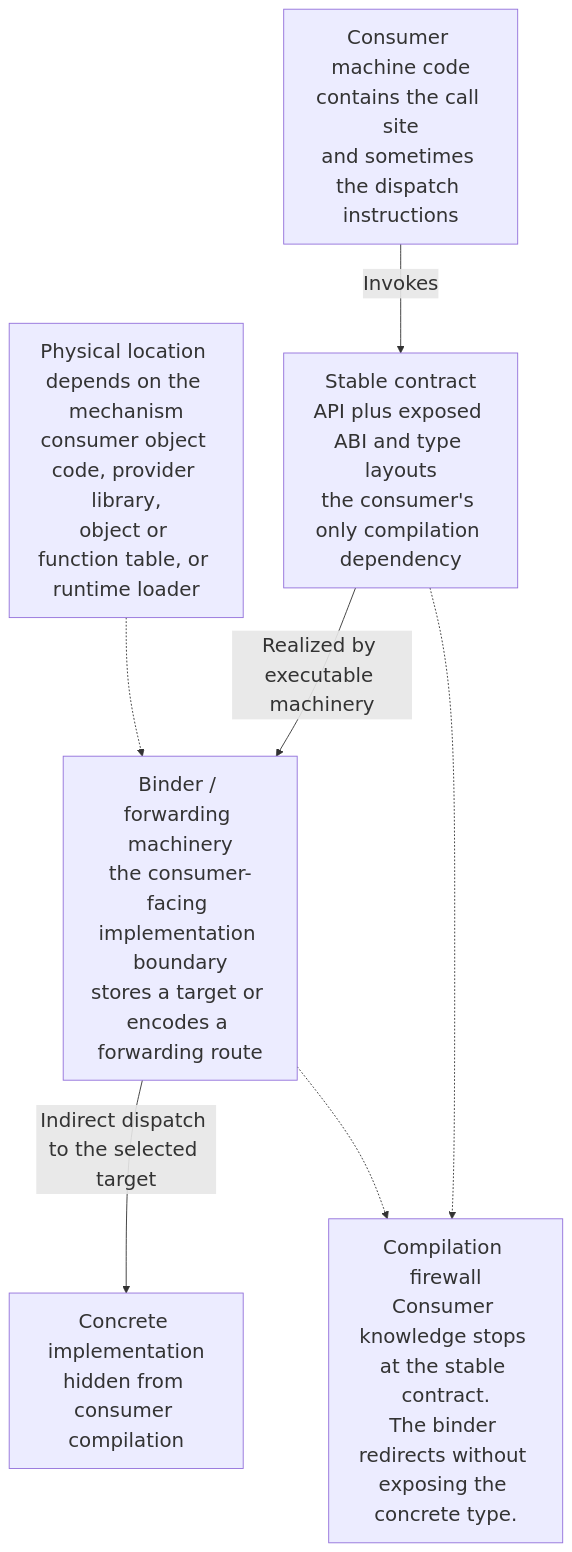
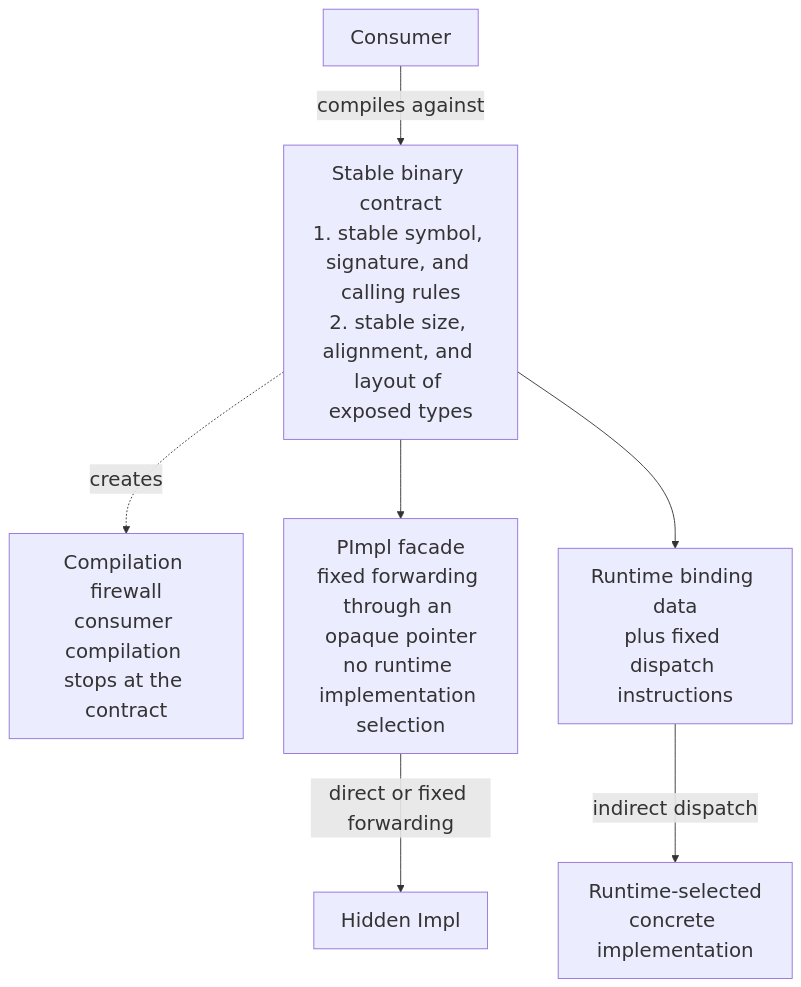
Before and after one commit to shan-weiqiang/shan-weiqiang.github.io: the diagram in assets/images/contract_binding_dispatch_compilation_firewall.mmd, drawn with Mermaid. The commit also changed 5 other files, not shown here.

```diff
--- a/assets/images/contract_binding_dispatch_compilation_firewall.mmd
+++ b/assets/images/contract_binding_dispatch_compilation_firewall.mmd
@@ -1,16 +1,18 @@
 %%{init: {"themeVariables": {"fontSize": "22px"}, "flowchart": {"nodeSpacing": 45, "rankSpacing": 55}}}%%
 flowchart TB
-  consumer["Consumer machine code<br/>contains the call site<br/>and sometimes the dispatch instructions"]
-  contract["Stable contract<br/>API plus exposed ABI and type layouts<br/>the consumer's only compilation dependency"]
-  binder["Binder / forwarding machinery<br/>the consumer-facing implementation boundary<br/>stores a target or encodes a forwarding route"]
-  location["Physical location depends on the mechanism<br/>consumer object code, provider library,<br/>object or function table, or runtime loader"]
-  implementation["Concrete implementation<br/>hidden from consumer compilation"]
+  consumer["Consumer"]
+  contract["Stable binary contract<br/>1. stable symbol, signature, and calling rules<br/>2. stable size, alignment, and layout of exposed types"]
+  firewall["Compilation firewall<br/>consumer compilation stops at the contract"]
 
-  consumer -->|"Invokes"| contract
-  contract -->|"Realized by executable machinery"| binder
-  binder -->|"Indirect dispatch to the selected target"| implementation
-  location -.-> binder
+  pimpl["PImpl facade<br/>fixed forwarding through an opaque pointer<br/>no runtime implementation selection"]
+  hiddenImpl["Hidden Impl"]
 
-  firewall["Compilation firewall<br/>Consumer knowledge stops at the stable contract.<br/>The binder redirects without exposing the concrete type."]
-  contract -.-> firewall
-  binder -.-> firewall
+  runtime["Runtime binding data<br/>plus fixed dispatch instructions"]
+  selectedImpl["Runtime-selected<br/>concrete implementation"]
+
+  consumer -->|"compiles against"| contract
+  contract -.->|"creates"| firewall
+  contract --> pimpl
+  pimpl -->|"direct or fixed forwarding"| hiddenImpl
+  contract --> runtime
+  runtime -->|"indirect dispatch"| selectedImpl
```
